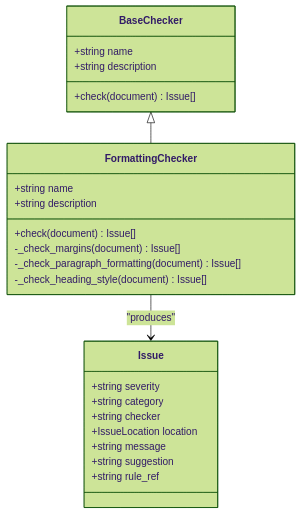
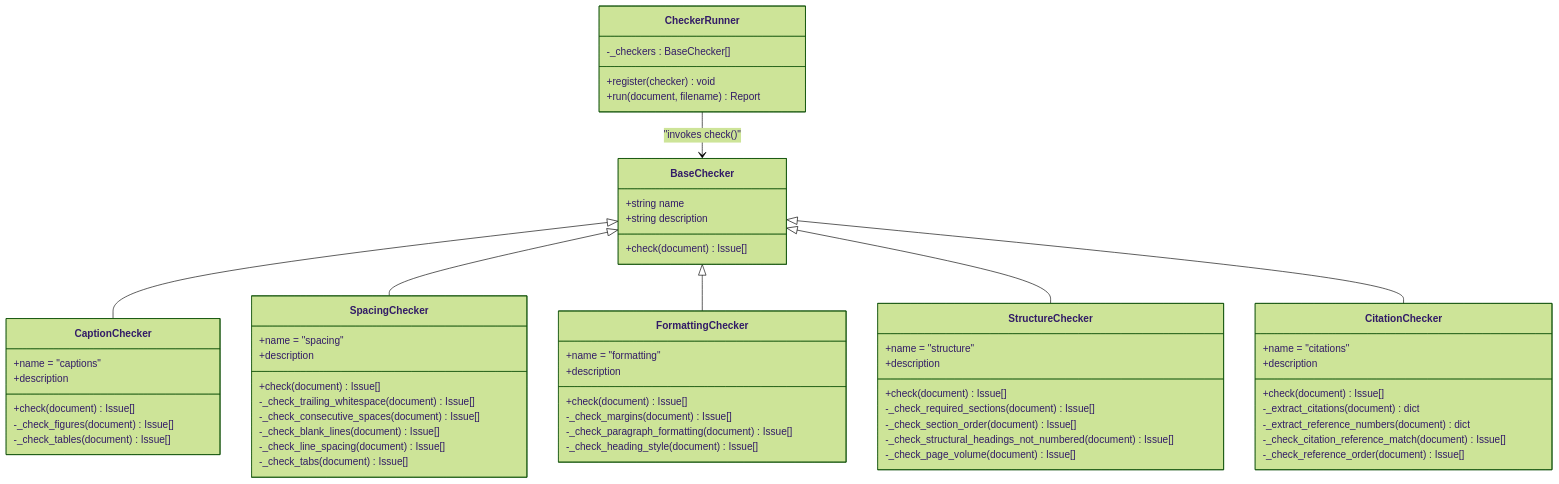
The third of 6 diagrams in .qoder/repowiki/en/content/Testing Strategy.md (geekeraman/dissertation-checker), drawn with Mermaid (forest theme) before and after one commit. The commit also changed other lines of this file and 88 other files, not shown here.

Commit message:
feat: enhance all checkers with GOST 7.32-2017 requirements — heading centering, paragraph indent, page breaks, Kazakh caption format, citation consistency, abstract word count, fix parser bugs (Twips, false sections)

````diff
--- a/.qoder/repowiki/en/content/Testing Strategy.md
+++ b/.qoder/repowiki/en/content/Testing Strategy.md
@@ -174,27 +258,62 @@
 ```mermaid
 classDiagram
 class BaseChecker {
 +string name
 +string description
 +check(document) Issue[]
 }
+class CaptionChecker {
++name = "captions"
++description
++check(document) Issue[]
+-_check_figures(document) Issue[]
+-_check_tables(document) Issue[]
+}
+class SpacingChecker {
++name = "spacing"
++description
++check(document) Issue[]
+-_check_trailing_whitespace(document) Issue[]
+-_check_consecutive_spaces(document) Issue[]
+-_check_blank_lines(document) Issue[]
+-_check_line_spacing(document) Issue[]
+-_check_tabs(document) Issue[]
+}
 class FormattingChecker {
-+string name
-+string description
++name = "formatting"
++description
 +check(document) Issue[]
 -_check_margins(document) Issue[]
 -_check_paragraph_formatting(document) Issue[]
 -_check_heading_style(document) Issue[]
 }
-class Issue {
-+string severity
-+string category
-+string checker
-+IssueLocation location
-+string message
-+string suggestion
-+string rule_ref
+class StructureChecker {
++name = "structure"
++description
++check(document) Issue[]
+-_check_required_sections(document) Issue[]
+-_check_section_order(document) Issue[]
+-_check_structural_headings_not_numbered(document) Issue[]
+-_check_page_volume(document) Issue[]
 }
+class CitationChecker {
++name = "citations"
++description
++check(document) Issue[]
+-_extract_citations(document) dict
+-_extract_reference_numbers(document) dict
+-_check_citation_reference_match(document) Issue[]
+-_check_reference_order(document) Issue[]
+}
+class CheckerRunner {
+-_checkers : BaseChecker[]
++register(checker) void
++run(document, filename) Report
+}
+BaseChecker <|-- CaptionChecker
+BaseChecker <|-- SpacingChecker
 BaseChecker <|-- FormattingChecker
-FormattingChecker --> Issue : "produces"
+BaseChecker <|-- StructureChecker
+BaseChecker <|-- CitationChecker
+CheckerRunner --> BaseChecker : "invokes check()"
 ```
````
